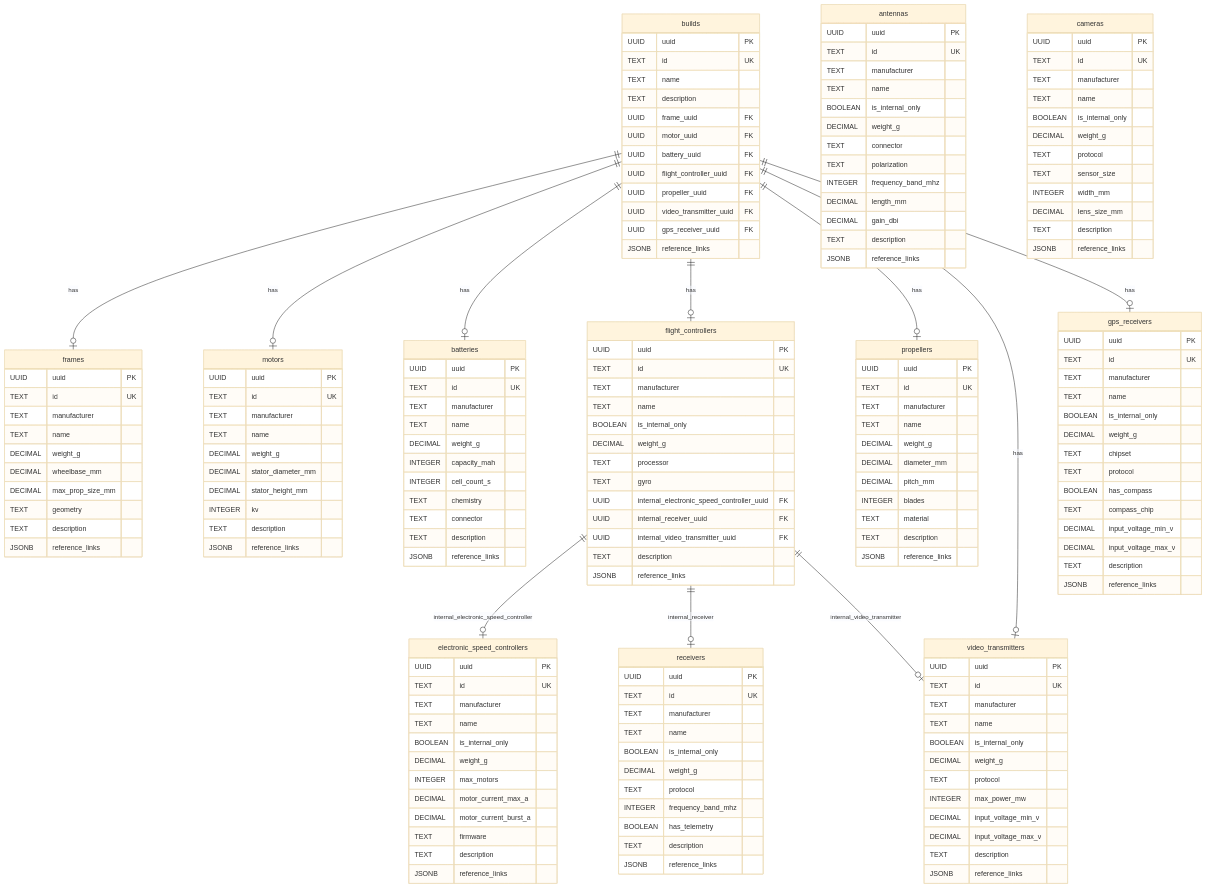
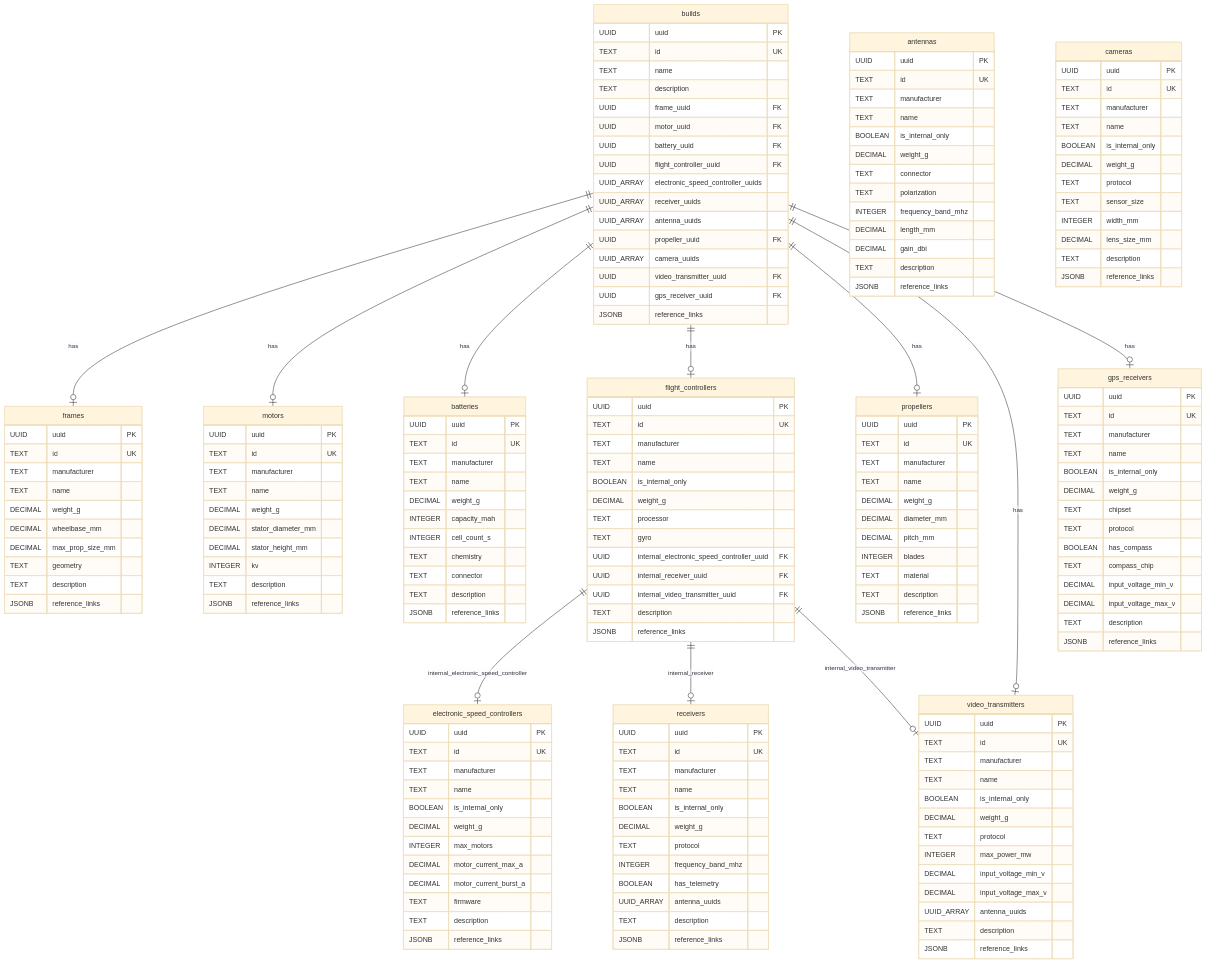
One commit to rohitramu/quadsmith changed the diagram in src/backend/db/diagram.mermaid. Above: the diagram before and after it, drawn with Mermaid (base theme). The commit also changed 15 other files, not shown here.

```diff
--- a/src/backend/db/diagram.mermaid
+++ b/src/backend/db/diagram.mermaid
@@ -1,189 +1,195 @@
 erDiagram
     builds {
         UUID uuid PK
         TEXT id UK
         TEXT name
         TEXT description
         UUID frame_uuid FK
         UUID motor_uuid FK
         UUID battery_uuid FK
         UUID flight_controller_uuid FK
+        UUID_ARRAY electronic_speed_controller_uuids
+        UUID_ARRAY receiver_uuids
+        UUID_ARRAY antenna_uuids
         UUID propeller_uuid FK
+        UUID_ARRAY camera_uuids
         UUID video_transmitter_uuid FK
         UUID gps_receiver_uuid FK
         JSONB reference_links
     }
 
     motors {
         UUID uuid PK
         TEXT id UK
         TEXT manufacturer
         TEXT name
         DECIMAL weight_g
         DECIMAL stator_diameter_mm
         DECIMAL stator_height_mm
         INTEGER kv
         TEXT description
         JSONB reference_links
     }
 
     frames {
         UUID uuid PK
         TEXT id UK
         TEXT manufacturer
         TEXT name
         DECIMAL weight_g
         DECIMAL wheelbase_mm
         DECIMAL max_prop_size_mm
         TEXT geometry
         TEXT description
         JSONB reference_links
     }
 
     batteries {
         UUID uuid PK
         TEXT id UK
         TEXT manufacturer
         TEXT name
         DECIMAL weight_g
         INTEGER capacity_mah
         INTEGER cell_count_s
         TEXT chemistry
         TEXT connector
         TEXT description
         JSONB reference_links
     }
 
     flight_controllers {
         UUID uuid PK
         TEXT id UK
         TEXT manufacturer
         TEXT name
         BOOLEAN is_internal_only
         DECIMAL weight_g
         TEXT processor
         TEXT gyro
         UUID internal_electronic_speed_controller_uuid FK
         UUID internal_receiver_uuid FK
         UUID internal_video_transmitter_uuid FK
         TEXT description
         JSONB reference_links
     }
 
     electronic_speed_controllers {
         UUID uuid PK
         TEXT id UK
         TEXT manufacturer
         TEXT name
         BOOLEAN is_internal_only
         DECIMAL weight_g
         INTEGER max_motors
         DECIMAL motor_current_max_a
         DECIMAL motor_current_burst_a
         TEXT firmware
         TEXT description
         JSONB reference_links
     }
 
     receivers {
         UUID uuid PK
         TEXT id UK
         TEXT manufacturer
         TEXT name
         BOOLEAN is_internal_only
         DECIMAL weight_g
         TEXT protocol
         INTEGER frequency_band_mhz
         BOOLEAN has_telemetry
+        UUID_ARRAY antenna_uuids
         TEXT description
         JSONB reference_links
     }
 
     video_transmitters {
         UUID uuid PK
         TEXT id UK
         TEXT manufacturer
         TEXT name
         BOOLEAN is_internal_only
         DECIMAL weight_g
         TEXT protocol
         INTEGER max_power_mw
         DECIMAL input_voltage_min_v
         DECIMAL input_voltage_max_v
+        UUID_ARRAY antenna_uuids
         TEXT description
         JSONB reference_links
     }
 
     antennas {
         UUID uuid PK
         TEXT id UK
         TEXT manufacturer
         TEXT name
         BOOLEAN is_internal_only
         DECIMAL weight_g
         TEXT connector
         TEXT polarization
         INTEGER frequency_band_mhz
         DECIMAL length_mm
         DECIMAL gain_dbi
         TEXT description
         JSONB reference_links
     }
 
     propellers {
         UUID uuid PK
         TEXT id UK
         TEXT manufacturer
         TEXT name
         DECIMAL weight_g
         DECIMAL diameter_mm
         DECIMAL pitch_mm
         INTEGER blades
         TEXT material
         TEXT description
         JSONB reference_links
     }
 
     cameras {
         UUID uuid PK
         TEXT id UK
         TEXT manufacturer
         TEXT name
         BOOLEAN is_internal_only
         DECIMAL weight_g
         TEXT protocol
         TEXT sensor_size
         INTEGER width_mm
         DECIMAL lens_size_mm
         TEXT description
         JSONB reference_links
     }
 
     gps_receivers {
         UUID uuid PK
         TEXT id UK
         TEXT manufacturer
         TEXT name
         BOOLEAN is_internal_only
         DECIMAL weight_g
         TEXT chipset
         TEXT protocol
         BOOLEAN has_compass
         TEXT compass_chip
         DECIMAL input_voltage_min_v
         DECIMAL input_voltage_max_v
         TEXT description
         JSONB reference_links
     }
 
     builds ||--o| frames : has
     builds ||--o| motors : has
     builds ||--o| batteries : has
     builds ||--o| flight_controllers : has
     builds ||--o| propellers : has
     builds ||--o| video_transmitters : has
     builds ||--o| gps_receivers : has
 
     flight_controllers ||--o| electronic_speed_controllers : internal_electronic_speed_controller
     flight_controllers ||--o| receivers : internal_receiver
     flight_controllers ||--o| video_transmitters : internal_video_transmitter
```
